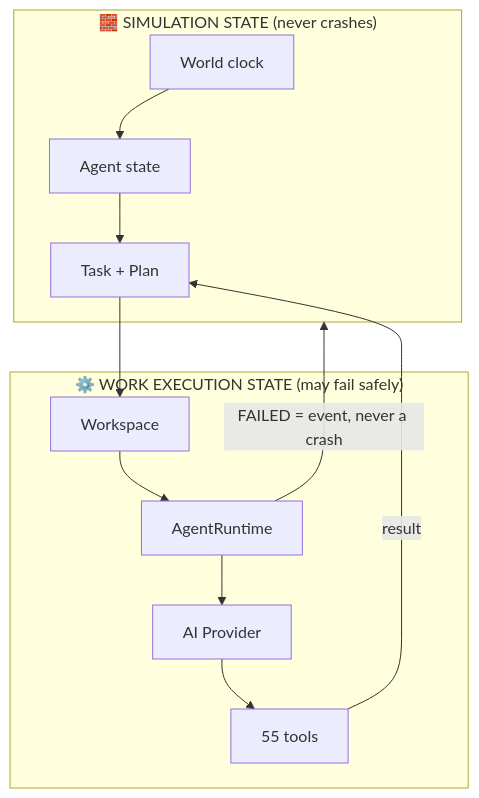
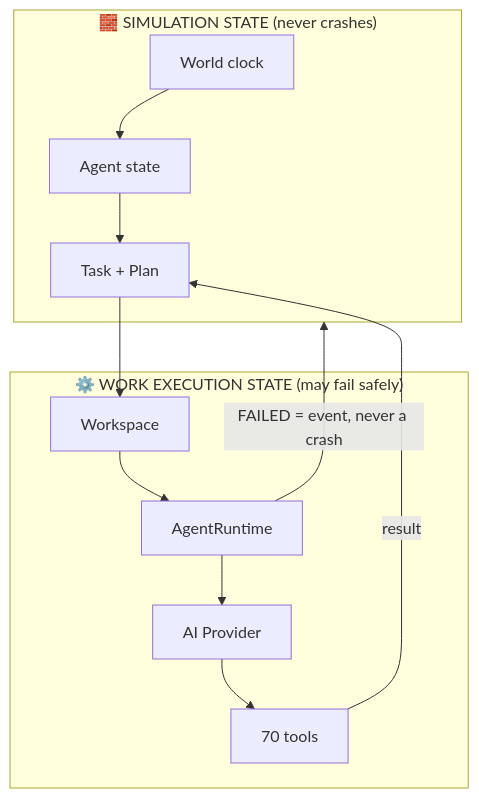
One commit to MOT1209/AgentWorld changed the diagram in README.md. Above: the diagram before and after it, drawn with Mermaid. The commit also changed other lines of this file and 63 other files, not shown here.

````diff
--- a/README.md
+++ b/README.md
@@ -30,17 +30,17 @@
 ```mermaid
 flowchart TB
     subgraph SIM["🧱 SIMULATION STATE (never crashes)"]
         WORLD[World clock]
         AGENT[Agent state]
         TASK[Task + Plan]
     end
     subgraph WORK["⚙️ WORK EXECUTION STATE (may fail safely)"]
         WS[Workspace]
         RUN[AgentRuntime]
         AI[AI Provider]
-        TOOLS[55 tools]
+        TOOLS[70 tools]
     end
     WORLD --> AGENT --> TASK --> WS --> RUN --> AI --> TOOLS
     TOOLS -->|result| TASK
     RUN -->|FAILED = event, never a crash| SIM
 ```
````
